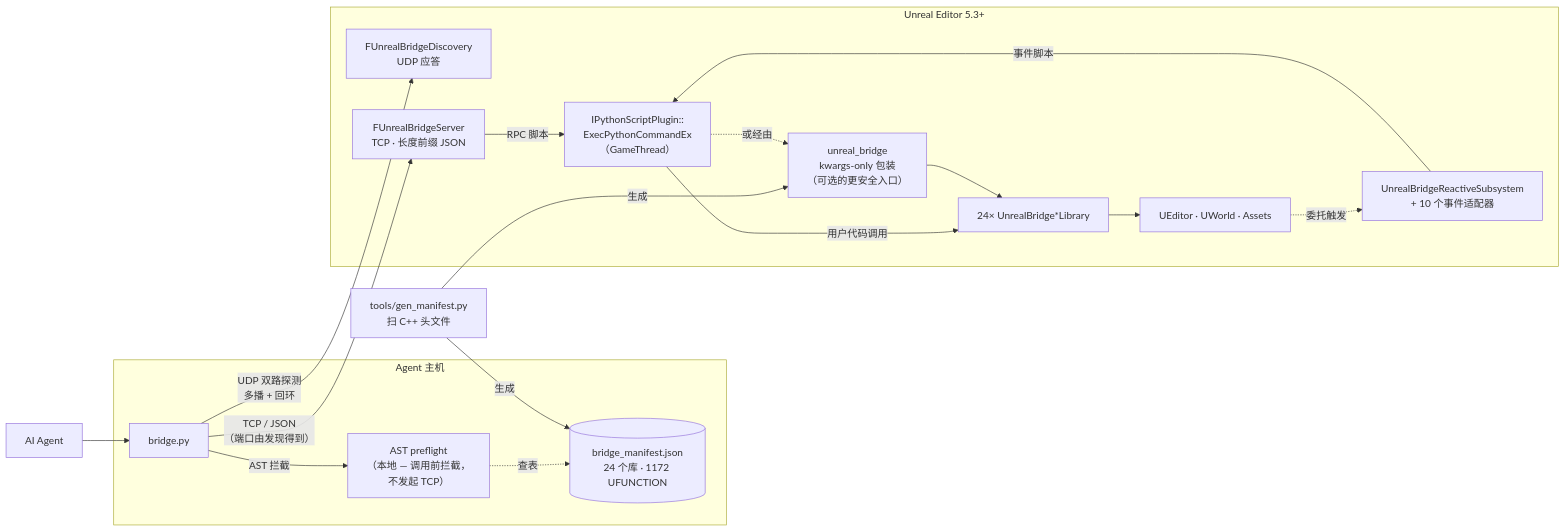
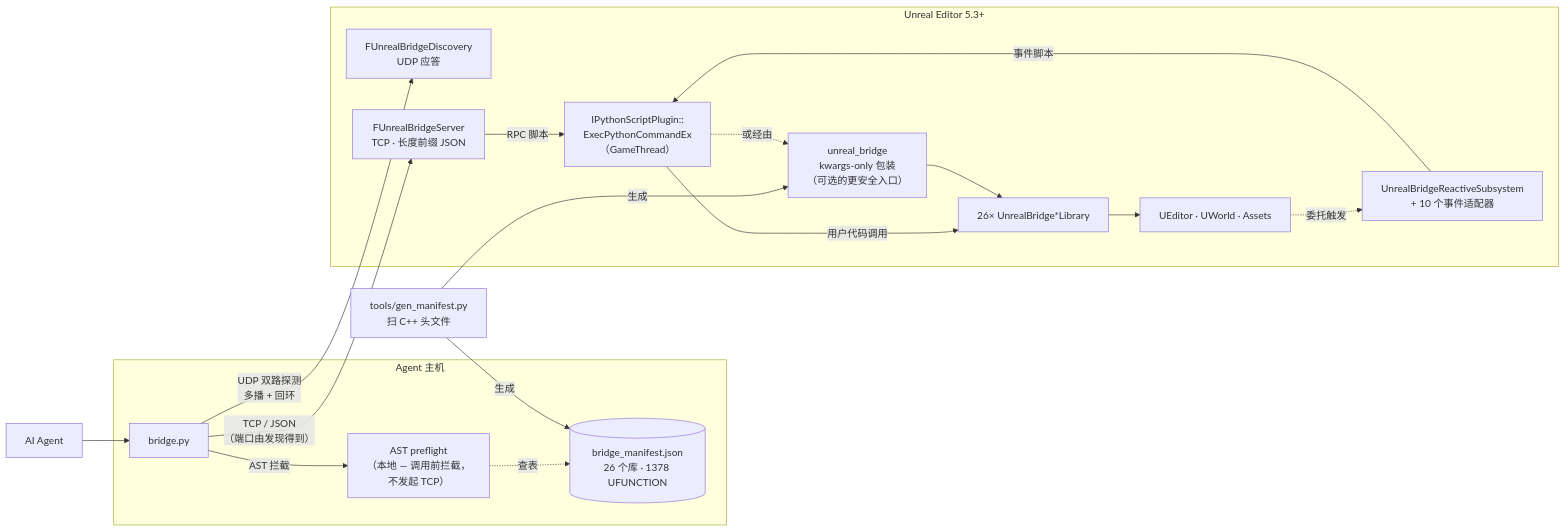
One commit to Tommy1213888/UnrealBridge changed the diagram in README.zh-CN.md. Above: the diagram before and after it, drawn with Mermaid. The commit also changed other lines of this file and 20 other files, not shown here.

````diff
--- a/README.zh-CN.md
+++ b/README.zh-CN.md
@@ -41,40 +43,40 @@
 ```mermaid
 flowchart LR
     Agent["AI Agent"]
 
     subgraph Host["Agent 主机"]
       CLI["bridge.py"]
       Pre["AST preflight<br/>（本地 — 调用前拦截，<br/>不发起 TCP）"]
-      Mani[("bridge_manifest.json<br/>24 个库 · 1172 UFUNCTION")]
+      Mani[("bridge_manifest.json<br/>26 个库 · 1378 UFUNCTION")]
     end
 
     Gen["tools/gen_manifest.py<br/>扫 C++ 头文件"]
 
     subgraph UE["Unreal Editor 5.3+"]
       Disc["FUnrealBridgeDiscovery<br/>UDP 应答"]
       Server["FUnrealBridgeServer<br/>TCP · 长度前缀 JSON"]
       Reactive["UnrealBridgeReactiveSubsystem<br/>+ 10 个事件适配器"]
       Exec["IPythonScriptPlugin::<br/>ExecPythonCommandEx<br/>（GameThread）"]
       Wrap["unreal_bridge<br/>kwargs-only 包装<br/>（可选的更安全入口）"]
-      Libs["24× UnrealBridge*Library"]
+      Libs["26× UnrealBridge*Library"]
       Engine["UEditor · UWorld · Assets"]
     end
 
     Agent --> CLI
     CLI -- "AST 拦截" --> Pre
     Pre -. "查表" .-> Mani
 
     Gen -- "生成" --> Mani
     Gen -- "生成" --> Wrap
 
     CLI -- "UDP 双路探测<br/>多播 + 回环" --> Disc
     CLI -- "TCP / JSON<br/>（端口由发现得到）" --> Server
     Server -- "RPC 脚本" --> Exec
     Engine -. "委托触发" .-> Reactive
     Reactive -- "事件脚本" --> Exec
 
     Exec -- "用户代码调用" --> Libs
     Exec -. "或经由" .-> Wrap
     Wrap --> Libs
     Libs --> Engine
 ```
````
